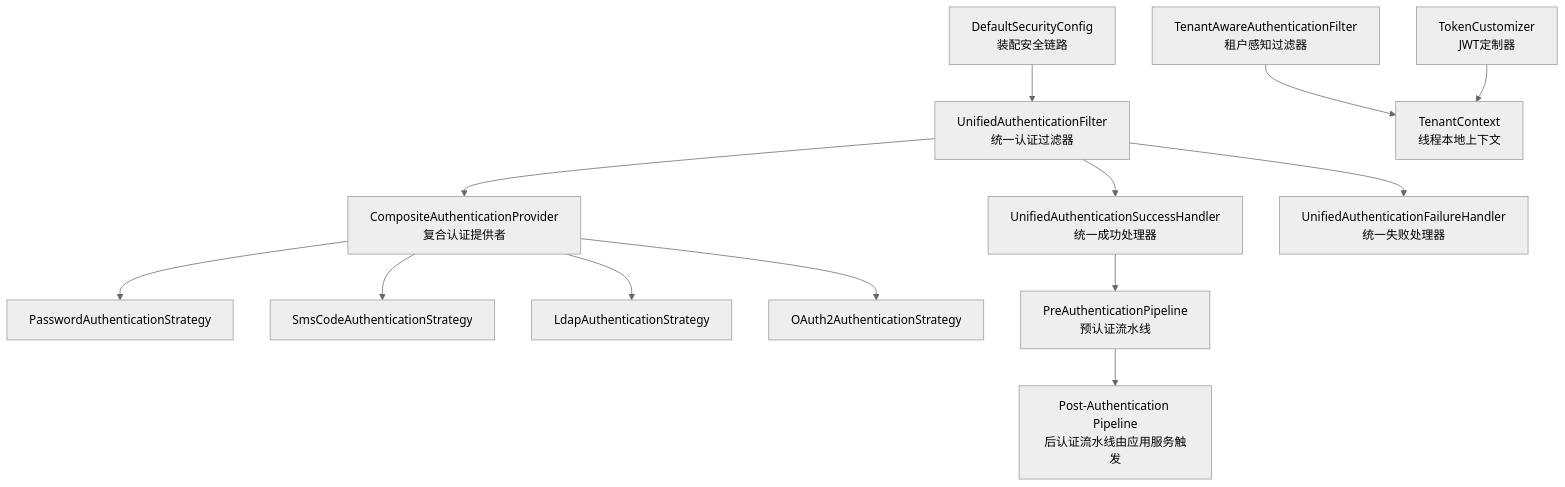
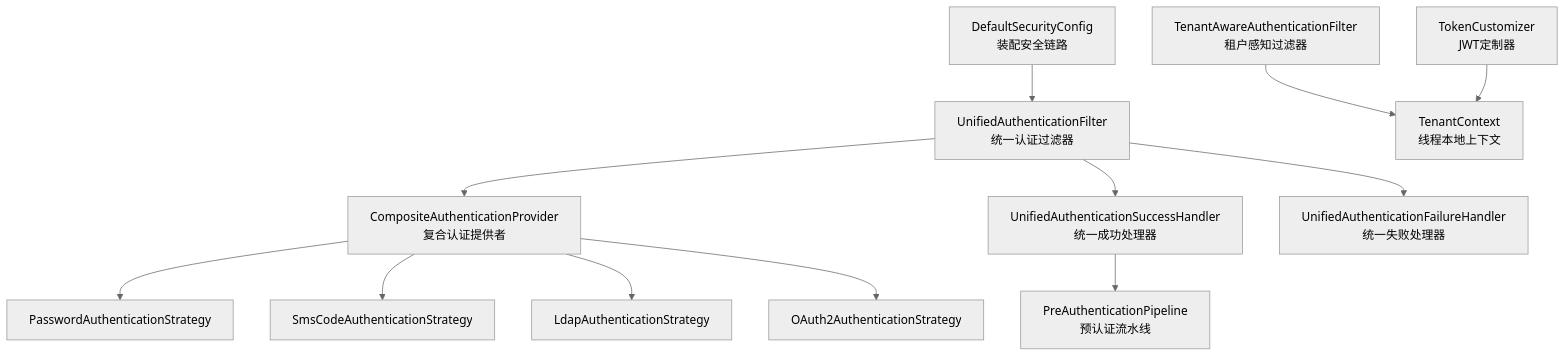
One commit to fq0121104930716/iam-platform changed the first of 9 diagrams in .qoder/repowiki/zh/content/项目概述/项目结构/认证服务器 (iam-auth-server)/安全过滤器.md. Above: the diagram before and after it, drawn with Mermaid (neutral theme). The commit also changed other lines of this file and 13 other files, not shown here.

````diff
--- a/.qoder/repowiki/zh/content/项目概述/项目结构/认证服务器 (iam-auth-server)/安全过滤器.md
+++ b/.qoder/repowiki/zh/content/项目概述/项目结构/认证服务器 (iam-auth-server)/安全过滤器.md
@@ -52,15 +60,14 @@
 ```mermaid
 graph TB
 A["DefaultSecurityConfig<br/>装配安全链路"] --> B["UnifiedAuthenticationFilter<br/>统一认证过滤器"]
 B --> C["CompositeAuthenticationProvider<br/>复合认证提供者"]
 C --> D["PasswordAuthenticationStrategy"]
 C --> E["SmsCodeAuthenticationStrategy"]
 C --> F["LdapAuthenticationStrategy"]
 C --> G["OAuth2AuthenticationStrategy"]
 B --> H["UnifiedAuthenticationSuccessHandler<br/>统一成功处理器"]
 B --> I["UnifiedAuthenticationFailureHandler<br/>统一失败处理器"]
 H --> J["PreAuthenticationPipeline<br/>预认证流水线"]
-J --> K["Post-Authentication Pipeline<br/>后认证流水线由应用服务触发"]
 L["TenantAwareAuthenticationFilter<br/>租户感知过滤器"] --> M["TenantContext<br/>线程本地上下文"]
 N["TokenCustomizer<br/>JWT定制器"] --> M
 ```
````
